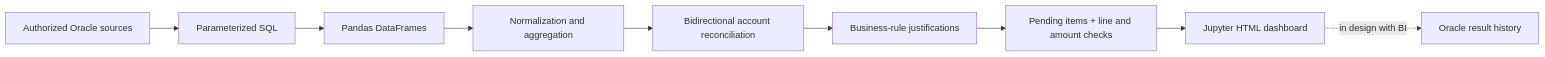
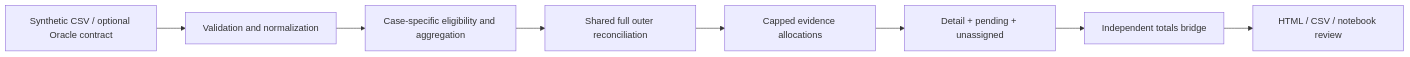
The diagram in README.md (hernano88/acl-sql-uade), drawn with Mermaid before and after one commit. The commit also changed other lines of this file and 33 other files, not shown here.

Commit message:
Add three synthetic financial control case studies

````diff
--- a/README.md
+++ b/README.md
@@ -41,11 +75,10 @@
 ```mermaid
 flowchart LR
-    A["Authorized Oracle sources"] --> B["Parameterized SQL"]
-    B --> C["Pandas DataFrames"]
-    C --> D["Normalization and aggregation"]
-    D --> E["Bidirectional account reconciliation"]
-    E --> F["Business-rule justifications"]
-    F --> G["Pending items + line and amount checks"]
-    G --> H["Jupyter HTML dashboard"]
-    H -. "in design with BI" .-> I["Oracle result history"]
+    A[Synthetic CSV / optional Oracle contract] --> B[Validation and normalization]
+    B --> C[Case-specific eligibility and aggregation]
+    C --> D[Shared full outer reconciliation]
+    D --> E[Capped evidence allocations]
+    E --> F[Detail + pending + unassigned]
+    F --> G[Independent totals bridge]
+    G --> H[HTML / CSV / notebook review]
 ```
````
